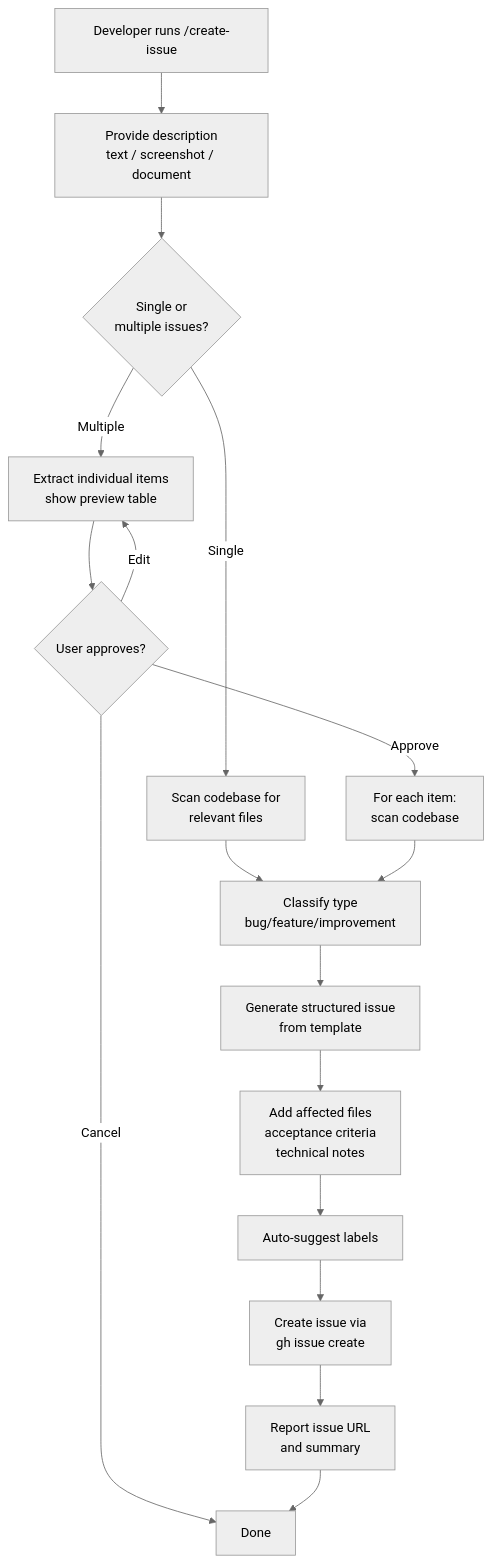
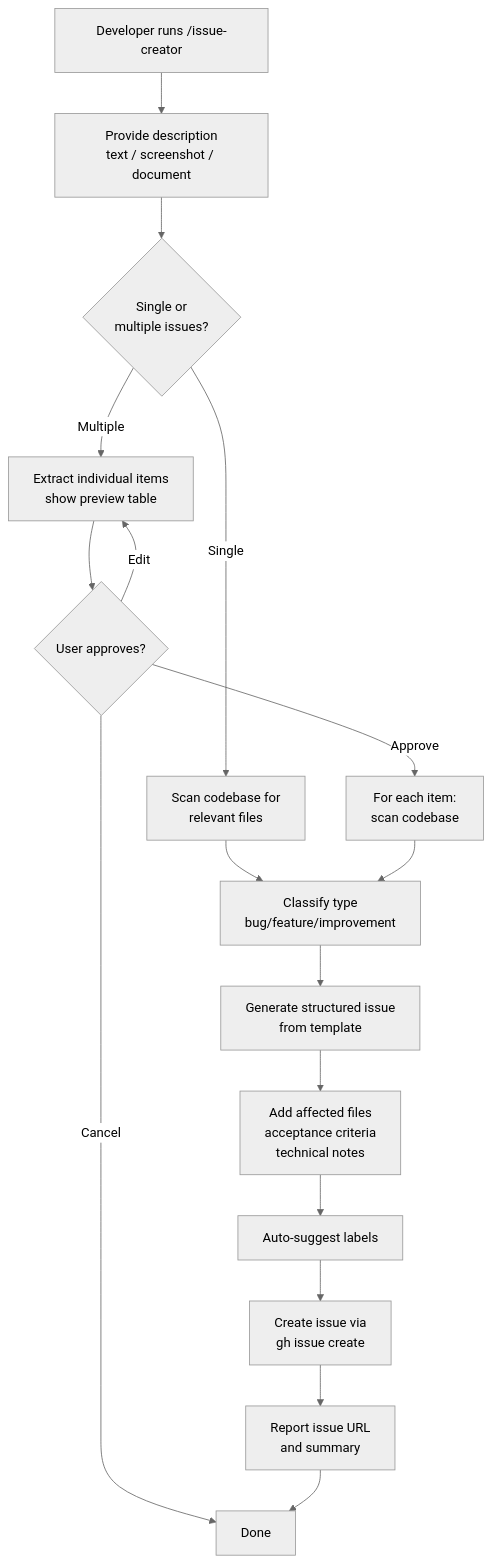
Before and after one commit to luongnv89/idd: the first of 5 diagrams in prd.md, drawn with Mermaid (neutral theme). The commit also changed other lines of this file and 17 other files, not shown here.

````diff
--- a/prd.md
+++ b/prd.md
@@ -331,19 +331,19 @@
 ```mermaid
 flowchart TD
-    A[Developer runs /create-issue] --> B[Provide description\ntext / screenshot / document]
+    A[Developer runs /issue-creator] --> B[Provide description\ntext / screenshot / document]
     B --> C{Single or\nmultiple issues?}
     C -->|Single| D[Scan codebase for\nrelevant files]
     C -->|Multiple| E[Extract individual items\nshow preview table]
     E --> F{User approves?}
     F -->|Edit| E
     F -->|Cancel| Z[Done]
     F -->|Approve| G[For each item:\nscan codebase]
     D --> H[Classify type\nbug/feature/improvement]
     G --> H
     H --> I[Generate structured issue\nfrom template]
     I --> J[Add affected files\nacceptance criteria\ntechnical notes]
     J --> K[Auto-suggest labels]
     K --> L[Create issue via\ngh issue create]
     L --> M[Report issue URL\nand summary]
     M --> Z
 ```
````
